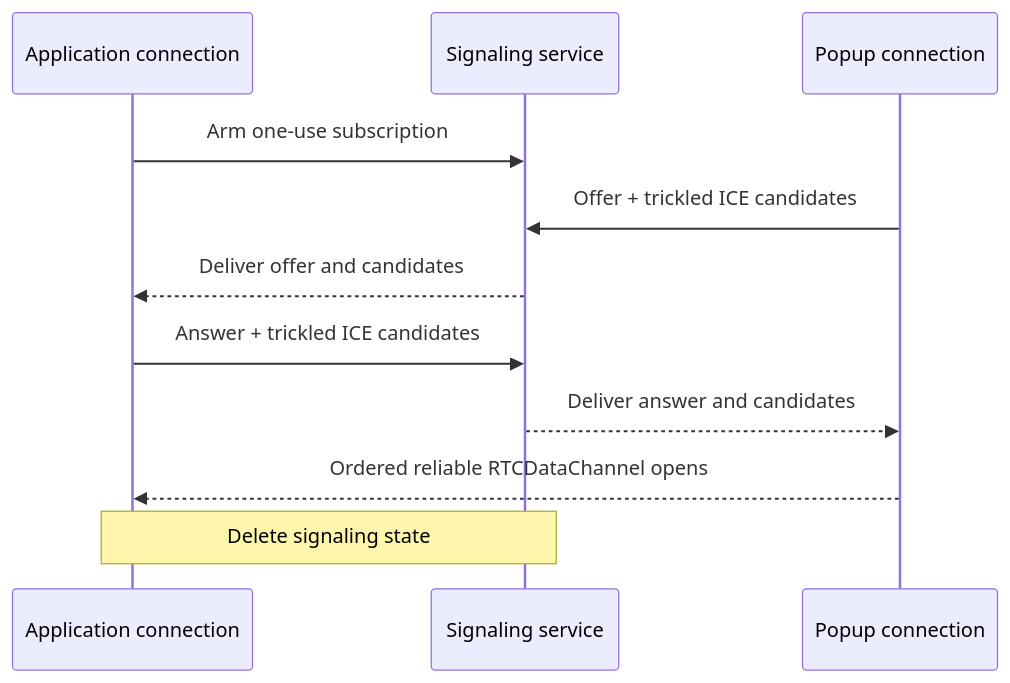
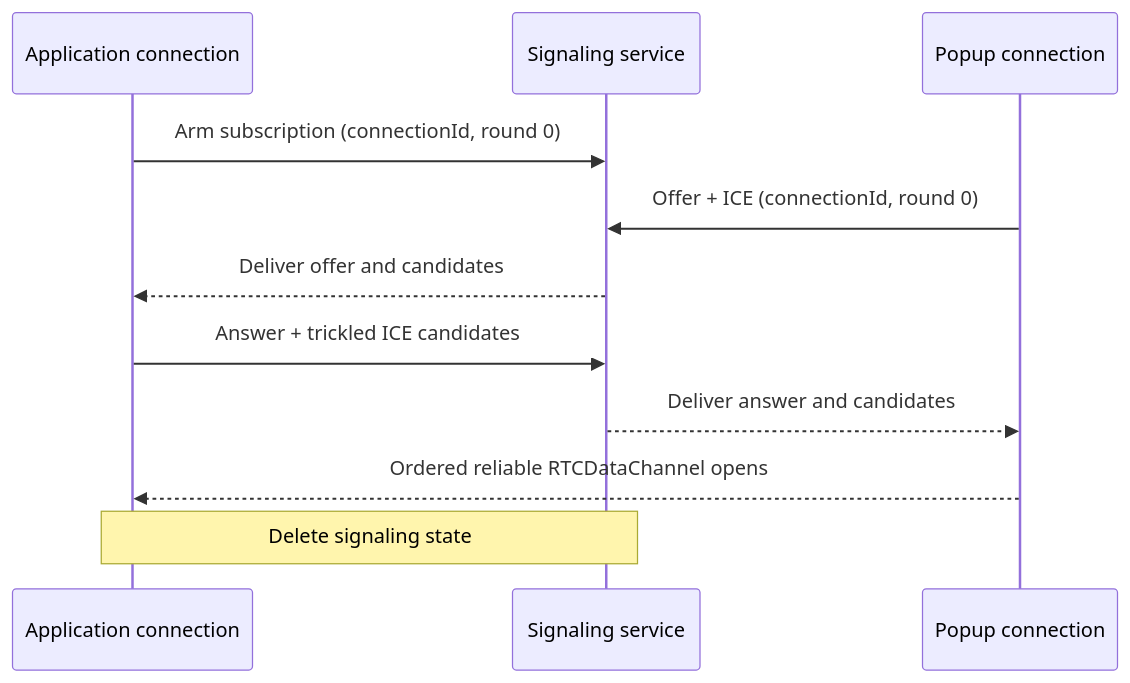
One commit to libid-org/libid changed the first of 2 diagrams in ts/packages/popup/CONNECTION-WEBRTC.md. Above: the diagram before and after it, drawn with Mermaid. The commit also changed other lines of this file and 2 other files, not shown here.

````diff
--- a/ts/packages/popup/CONNECTION-WEBRTC.md
+++ b/ts/packages/popup/CONNECTION-WEBRTC.md
@@ -288,14 +310,14 @@
 ```mermaid
 sequenceDiagram
     participant A as Application connection
     participant G as Signaling service
     participant P as Popup connection
 
-    A->>G: Arm one-use subscription
-    P->>G: Offer + trickled ICE candidates
+    A->>G: Arm subscription (connectionId, round 0)
+    P->>G: Offer + ICE (connectionId, round 0)
     G-->>A: Deliver offer and candidates
     A->>G: Answer + trickled ICE candidates
     G-->>P: Deliver answer and candidates
     P-->>A: Ordered reliable RTCDataChannel opens
     Note over A,G: Delete signaling state
 ```
````
